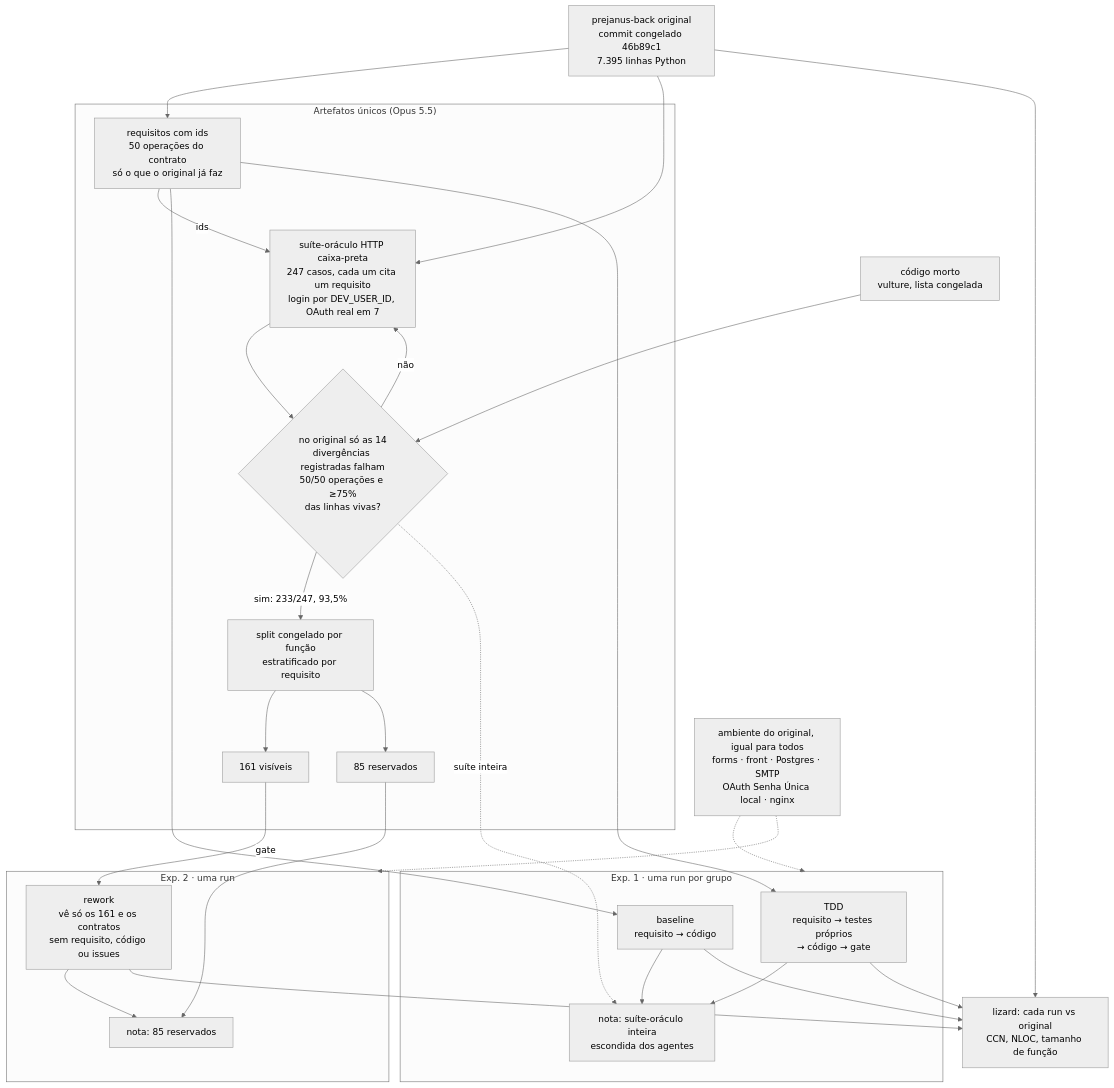
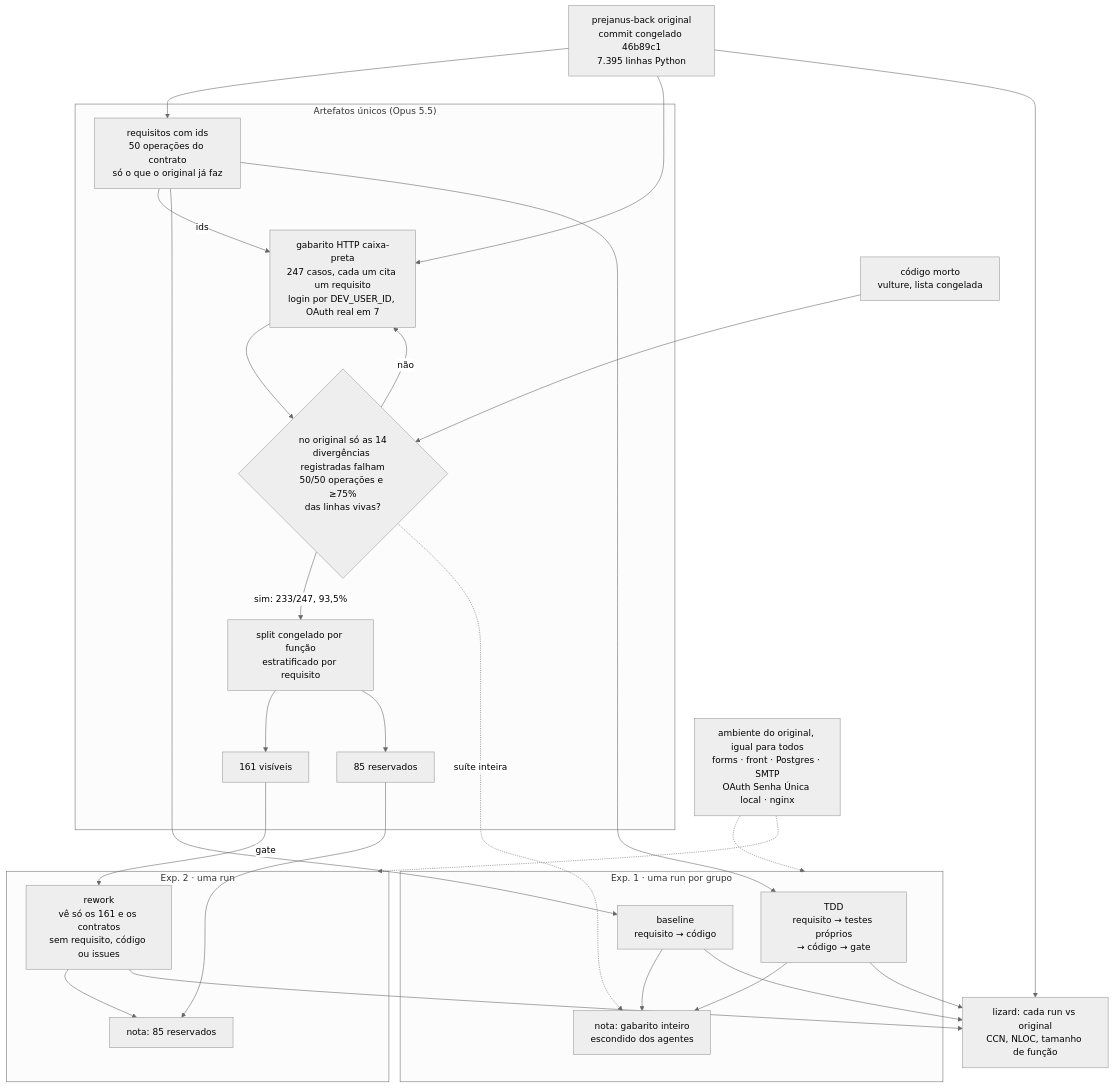
Before and after one commit to Educg550/tcc: the diagram in blog/2026-10-23-escopo-experimento-prejanus-back.md, drawn with Mermaid (neutral theme). The commit also changed other lines of this file and 52 other files, not shown here.

Commit message:
Renomeia oráculo para gabarito e apresenta os dois experimentos no diário

````diff
--- a/blog/2026-10-23-escopo-experimento-prejanus-back.md
+++ b/blog/2026-10-23-escopo-experimento-prejanus-back.md
@@ -27,51 +27,51 @@
 ```mermaid
 flowchart TB
     O["prejanus-back original<br/>commit congelado 46b89c1<br/>7.395 linhas Python"]
     AMB["ambiente do original, igual para todos<br/>forms · front · Postgres · SMTP<br/>OAuth Senha Única local · nginx"]
     M["código morto<br/>vulture, lista congelada"]
 
     subgraph U["Artefatos únicos (Opus 5.5)"]
         R["requisitos com ids<br/>50 operações do contrato<br/>só o que o original já faz"]
-        S["suíte-oráculo HTTP caixa-preta<br/>247 casos, cada um cita um requisito<br/>login por DEV_USER_ID, OAuth real em 7"]
+        S["gabarito HTTP caixa-preta<br/>247 casos, cada um cita um requisito<br/>login por DEV_USER_ID, OAuth real em 7"]
         V{"no original só as 14<br/>divergências registradas falham<br/>50/50 operações e ≥75%<br/>das linhas vivas?"}
         SP["split congelado por função<br/>estratificado por requisito"]
         VIS["161 visíveis"]
         RES["85 reservados"]
         R -->|ids| S --> V
         V -->|não| S
         V -->|"sim: 233/247, 93,5%"| SP
         SP --> VIS
         SP --> RES
     end
 
     subgraph E1["Exp. 1 · uma run por grupo"]
         B["baseline<br/>requisito → código"]
         T["TDD<br/>requisito → testes próprios<br/>→ código → gate"]
-        N1["nota: suíte-oráculo inteira<br/>escondida dos agentes"]
+        N1["nota: gabarito inteiro<br/>escondido dos agentes"]
         B --> N1
         T --> N1
     end
 
     subgraph E2["Exp. 2 · uma run"]
         RW["rework<br/>vê só os 161 e os contratos<br/>sem requisito, código ou issues"]
         N2["nota: 85 reservados"]
         RW --> N2
     end
 
     L["lizard: cada run vs original<br/>CCN, NLOC, tamanho de função"]
 
     O --> R
     O --> S
     M --> V
     R --> B
     R --> T
     V -.->|suíte inteira| N1
     VIS -->|gate| RW
     RES --> N2
     AMB -.-> E1
     AMB -.-> E2
     B --> L
     T --> L
     RW --> L
     O --> L
 ```
````
